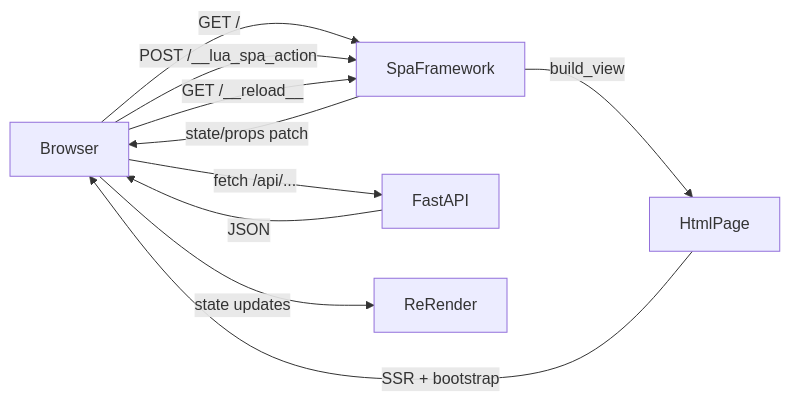
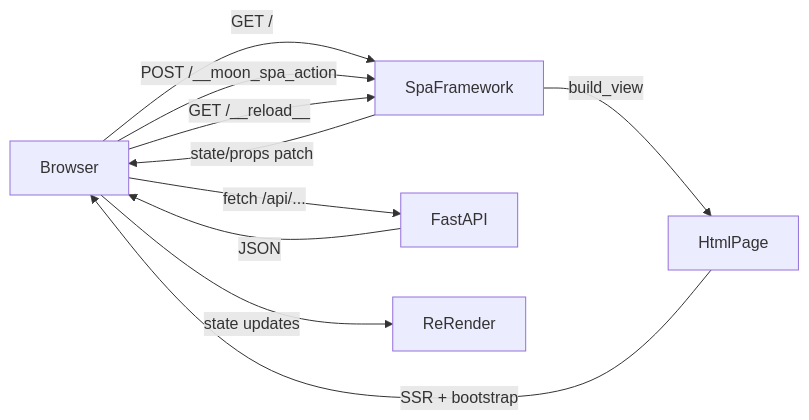
The diagram in docs/docs/guide/backend-integration.md (roderiano/lua-spa), drawn with Mermaid before and after one commit. The commit also changed other lines of this file and 90 other files, not shown here.

````diff
--- a/docs/docs/guide/backend-integration.md
+++ b/docs/docs/guide/backend-integration.md
@@ -58,12 +58,12 @@
 ```mermaid
 flowchart LR
     Browser -->|GET /| SpaFramework
     SpaFramework -->|build_view| HtmlPage
     HtmlPage -->|SSR + bootstrap| Browser
-    Browser -->|POST /__lua_spa_action| SpaFramework
+    Browser -->|POST /__moon_spa_action| SpaFramework
     SpaFramework -->|state/props patch| Browser
     Browser -->|GET /__reload__| SpaFramework
     Browser -->|fetch /api/...| FastAPI
     FastAPI -->|JSON| Browser
     Browser -->|state updates| ReRender
 ```
````
